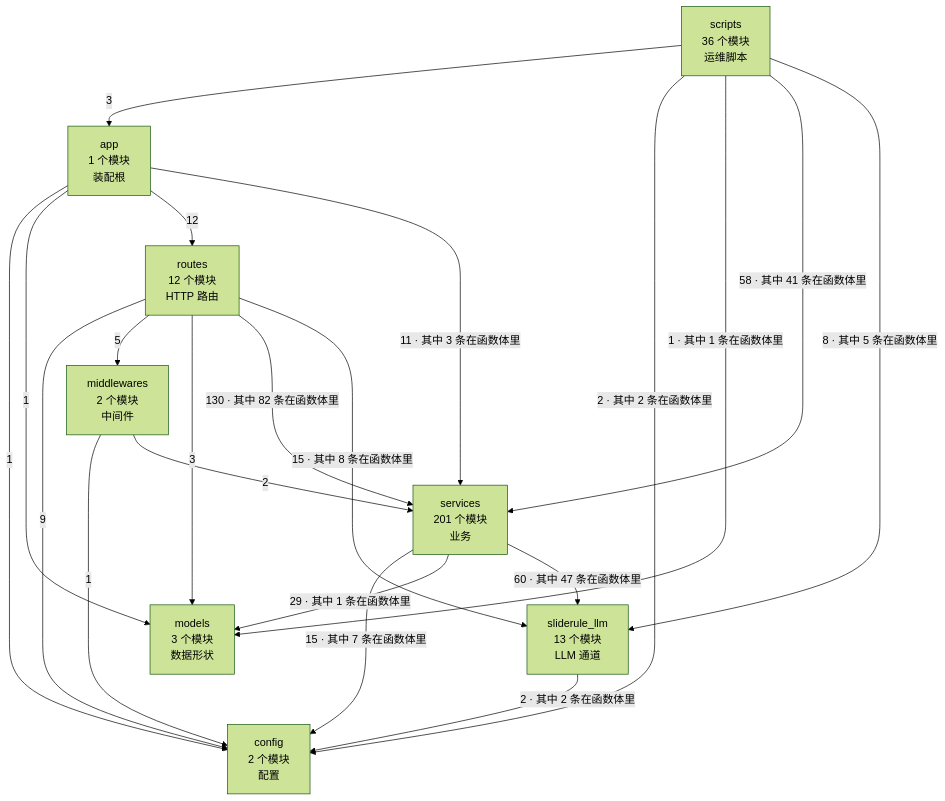
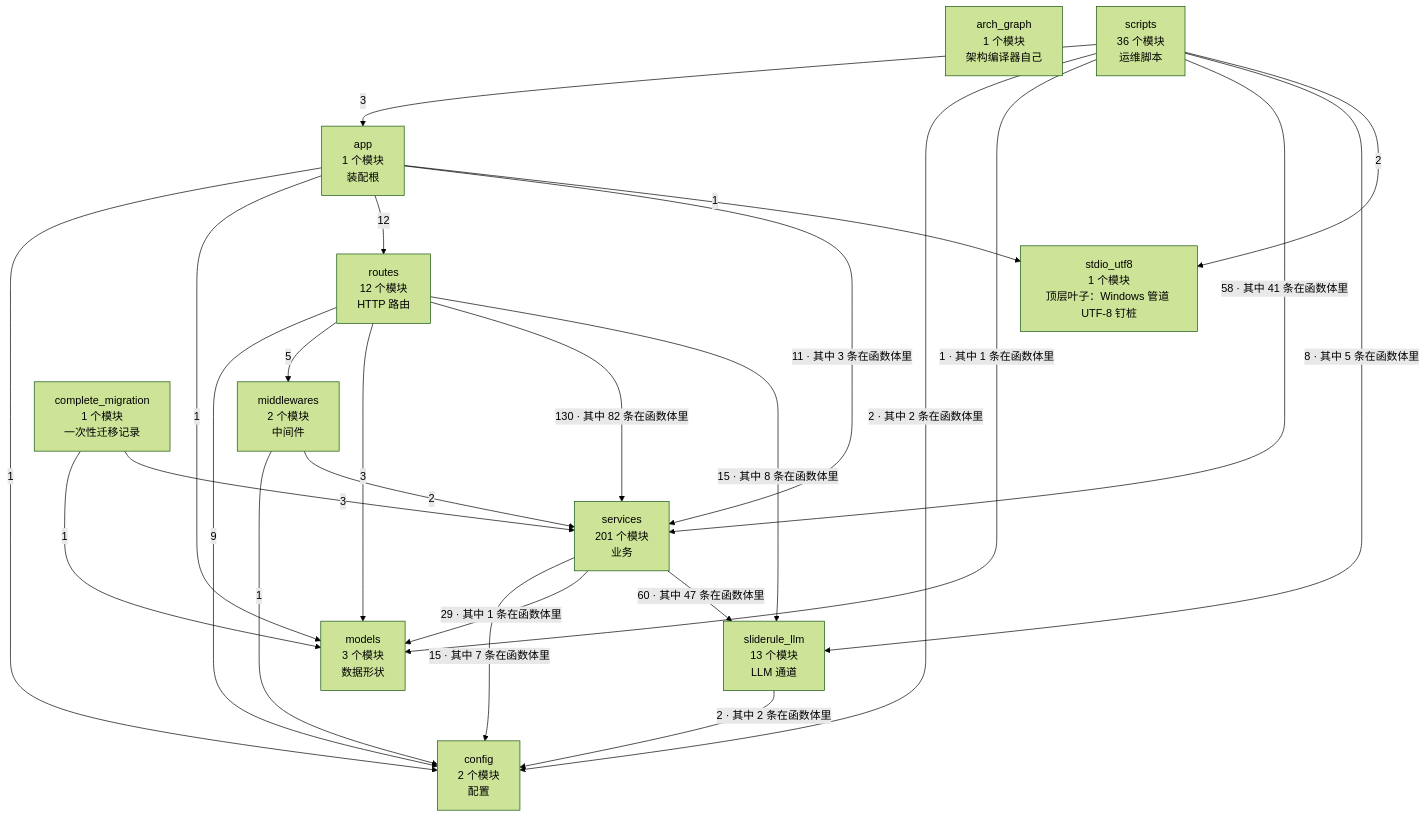
Before and after one commit to 2686521696/WhyBuddy: the first of 2 diagrams in docs/SlideRule V6.2 架构图（自动生成）.md, drawn with Mermaid (forest theme). The commit also changed other lines of this file and 7 other files, not shown here.

````diff
--- a/docs/SlideRule V6.2 架构图（自动生成）.md
+++ b/docs/SlideRule V6.2 架构图（自动生成）.md
@@ -35,31 +36,38 @@
 ```mermaid
 flowchart TB
+  arch_graph["arch_graph<br/>1 个模块<br/>架构编译器自己"]
   config["config<br/>2 个模块<br/>配置"]
   models["models<br/>3 个模块<br/>数据形状"]
+  stdio_utf8["stdio_utf8<br/>1 个模块<br/>顶层叶子：Windows 管道 UTF-8 钉桩"]
   sliderule_llm["sliderule_llm<br/>13 个模块<br/>LLM 通道"]
   middlewares["middlewares<br/>2 个模块<br/>中间件"]
   services["services<br/>201 个模块<br/>业务"]
   routes["routes<br/>12 个模块<br/>HTTP 路由"]
   app["app<br/>1 个模块<br/>装配根"]
+  complete_migration["complete_migration<br/>1 个模块<br/>一次性迁移记录"]
   scripts["scripts<br/>36 个模块<br/>运维脚本"]
   app -->|1| config
   app -->|1| models
   app -->|12| routes
   app -->|11 · 其中 3 条在函数体里| services
+  app -->|1| stdio_utf8
+  complete_migration -->|1| models
+  complete_migration -->|3| services
   middlewares -->|1| config
   middlewares -->|2| services
   routes -->|9| config
   routes -->|5| middlewares
   routes -->|3| models
   routes -->|130 · 其中 82 条在函数体里| services
   routes -->|15 · 其中 8 条在函数体里| sliderule_llm
   scripts -->|3| app
   scripts -->|2 · 其中 2 条在函数体里| config
   scripts -->|1 · 其中 1 条在函数体里| models
   scripts -->|58 · 其中 41 条在函数体里| services
   scripts -->|8 · 其中 5 条在函数体里| sliderule_llm
+  scripts -->|2| stdio_utf8
   services -->|15 · 其中 7 条在函数体里| config
   services -->|29 · 其中 1 条在函数体里| models
   services -->|60 · 其中 47 条在函数体里| sliderule_llm
   sliderule_llm -->|2 · 其中 2 条在函数体里| config
 ```
````
